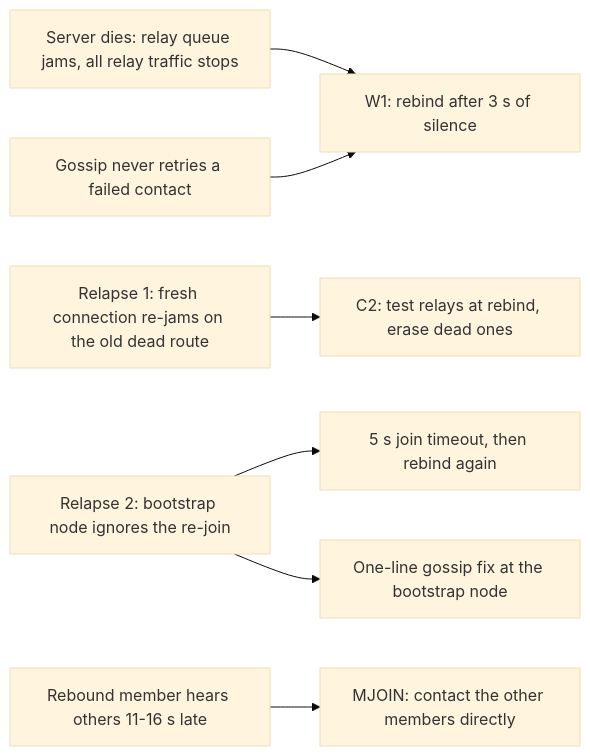
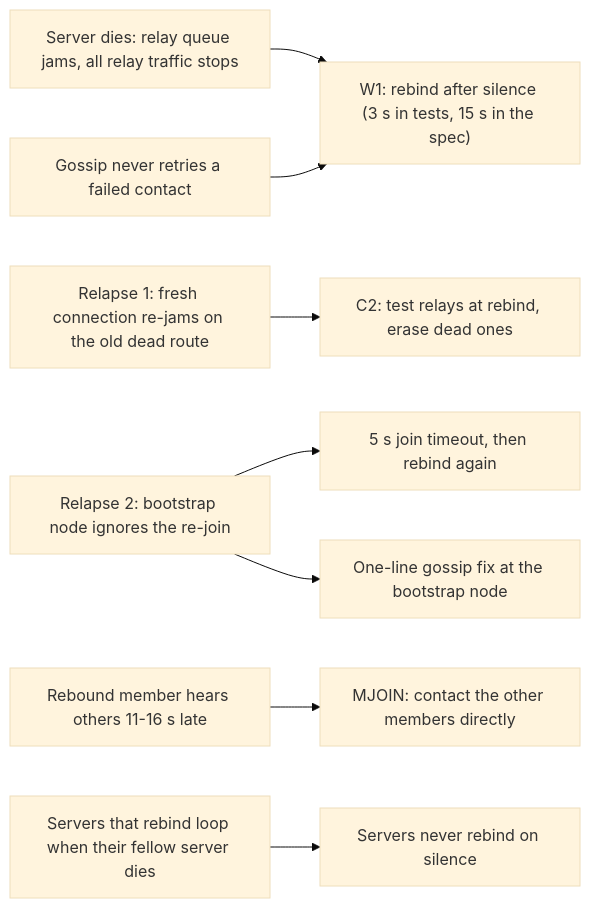
One commit to the-agents-of-anarchy/marketplace changed the first of 2 diagrams in research/stack/showcase.md. Above: the diagram before and after it, drawn with Mermaid (base theme). The commit also changed other lines of this file and 7 other files, not shown here.

````diff
--- a/research/stack/showcase.md
+++ b/research/stack/showcase.md
@@ -57,9 +57,10 @@
 ```mermaid
 flowchart LR
-    F1["Server dies: relay queue jams, all relay traffic stops"] --> W1["W1: rebind after 3 s of silence"]
+    F1["Server dies: relay queue jams, all relay traffic stops"] --> W1["W1: rebind after silence (3 s in tests, 15 s in the spec)"]
     F2["Relapse 1: fresh connection re-jams on the old dead route"] --> C2["C2: test relays at rebind, erase dead ones"]
     F3["Relapse 2: bootstrap node ignores the re-join"] --> JT["5 s join timeout, then rebind again"]
     F3 --> OJ["One-line gossip fix at the bootstrap node"]
     F4["Rebound member hears others 11-16 s late"] --> MJ["MJOIN: contact the other members directly"]
     F5["Gossip never retries a failed contact"] --> W1
+    F6["Servers that rebind loop when their fellow server dies"] --> HN["Servers never rebind on silence"]
 ```
````
